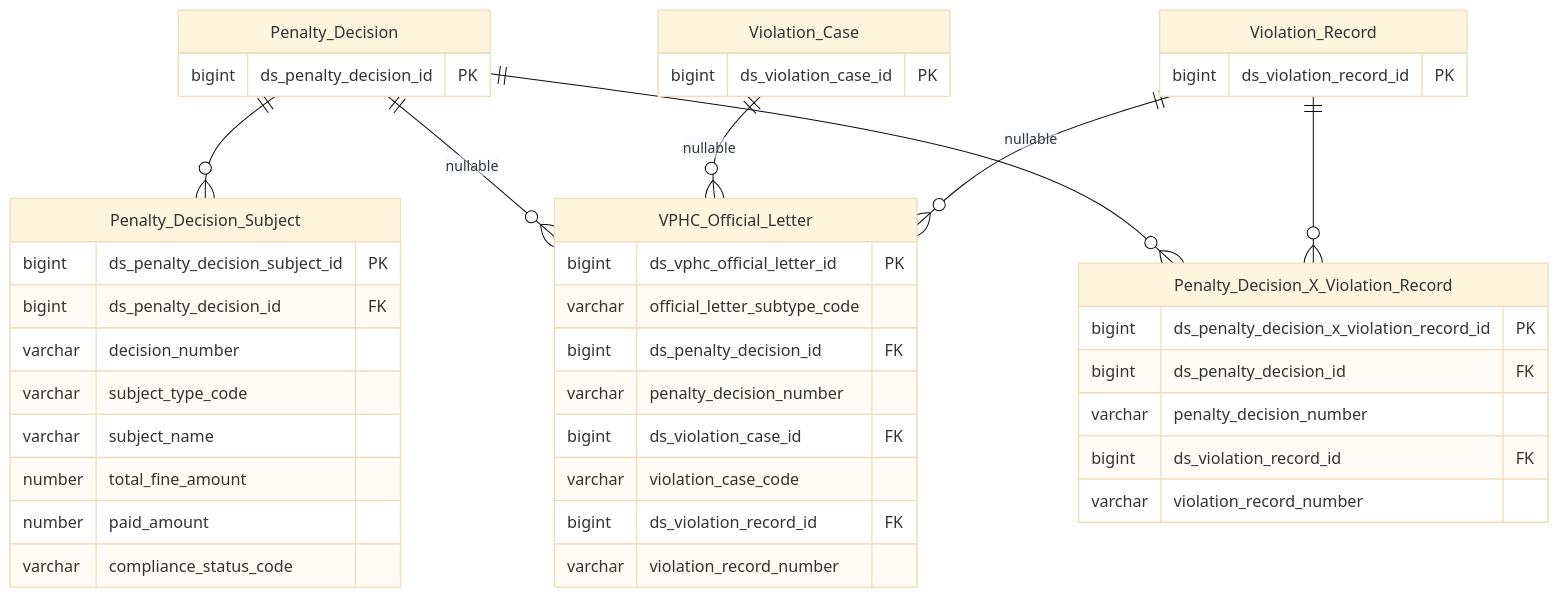
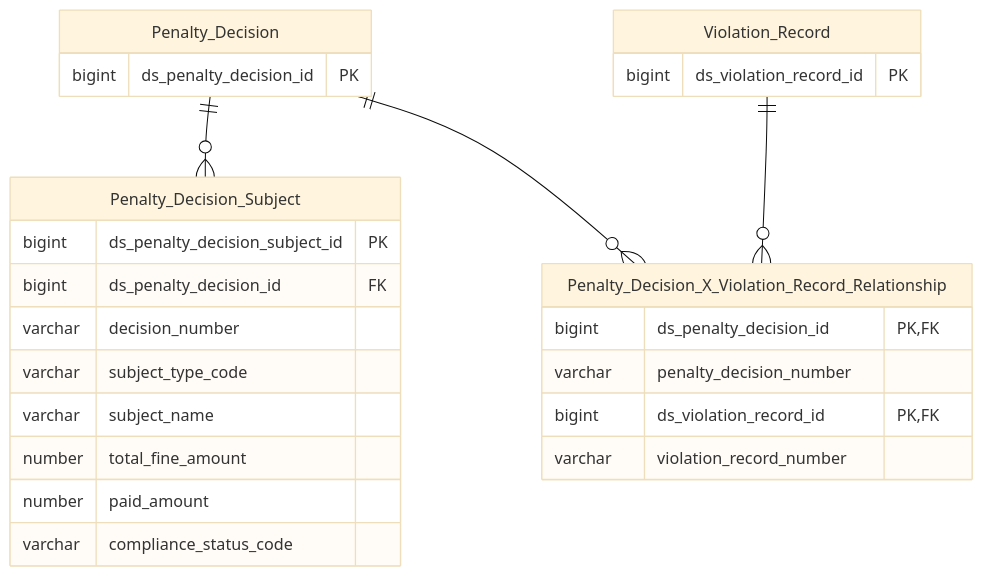
The second of 2 diagrams in DataModel/working/Atomic/hld/THANHTRA_HLD_Tier5.md (linhlvit/ubck_atomic_design), drawn with Mermaid (base theme) before and after one commit. The commit also changed other lines of this file and 351 other files, not shown here.

````diff
--- a/DataModel/working/Atomic/hld/THANHTRA_HLD_Tier5.md
+++ b/DataModel/working/Atomic/hld/THANHTRA_HLD_Tier5.md
@@ -67,47 +52,30 @@
 ```mermaid
 erDiagram
     Penalty_Decision {
         bigint ds_penalty_decision_id PK
-    }
-    Violation_Case {
-        bigint ds_violation_case_id PK
     }
     Violation_Record {
         bigint ds_violation_record_id PK
     }
 
     Penalty_Decision_Subject {
         bigint ds_penalty_decision_subject_id PK
         bigint ds_penalty_decision_id FK
         varchar decision_number
         varchar subject_type_code
         varchar subject_name
         number total_fine_amount
         number paid_amount
         varchar compliance_status_code
     }
-    VPHC_Official_Letter {
-        bigint ds_vphc_official_letter_id PK
-        varchar official_letter_subtype_code
-        bigint ds_penalty_decision_id FK
+    Penalty_Decision_X_Violation_Record_Relationship {
+        bigint ds_penalty_decision_id PK, FK
         varchar penalty_decision_number
-        bigint ds_violation_case_id FK
-        varchar violation_case_code
-        bigint ds_violation_record_id FK
-        varchar violation_record_number
-    }
-    Penalty_Decision_X_Violation_Record {
-        bigint ds_penalty_decision_x_violation_record_id PK
-        bigint ds_penalty_decision_id FK
-        varchar penalty_decision_number
-        bigint ds_violation_record_id FK
+        bigint ds_violation_record_id PK, FK
         varchar violation_record_number
     }
 
     Penalty_Decision ||--o{ Penalty_Decision_Subject : ""
-    Penalty_Decision ||--o{ VPHC_Official_Letter : "nullable"
-    Violation_Case ||--o{ VPHC_Official_Letter : "nullable"
-    Violation_Record ||--o{ VPHC_Official_Letter : "nullable"
-    Penalty_Decision ||--o{ Penalty_Decision_X_Violation_Record : ""
-    Violation_Record ||--o{ Penalty_Decision_X_Violation_Record : ""
+    Penalty_Decision ||--o{ Penalty_Decision_X_Violation_Record_Relationship : ""
+    Violation_Record ||--o{ Penalty_Decision_X_Violation_Record_Relationship : ""
 ```
````
